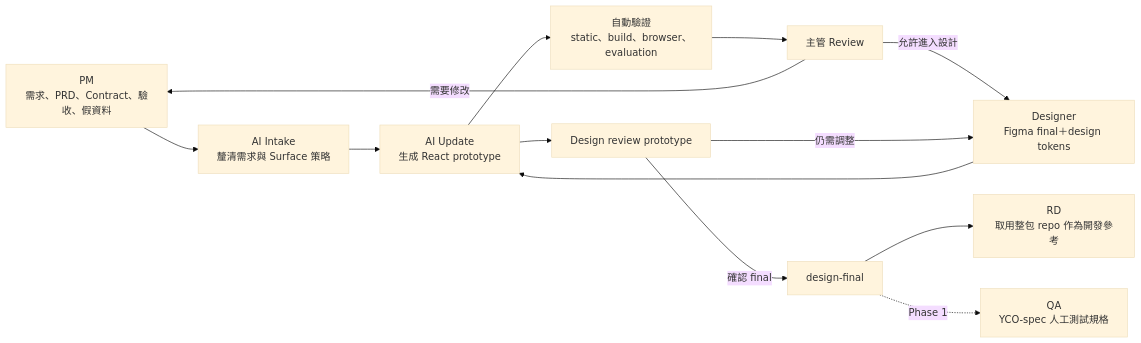
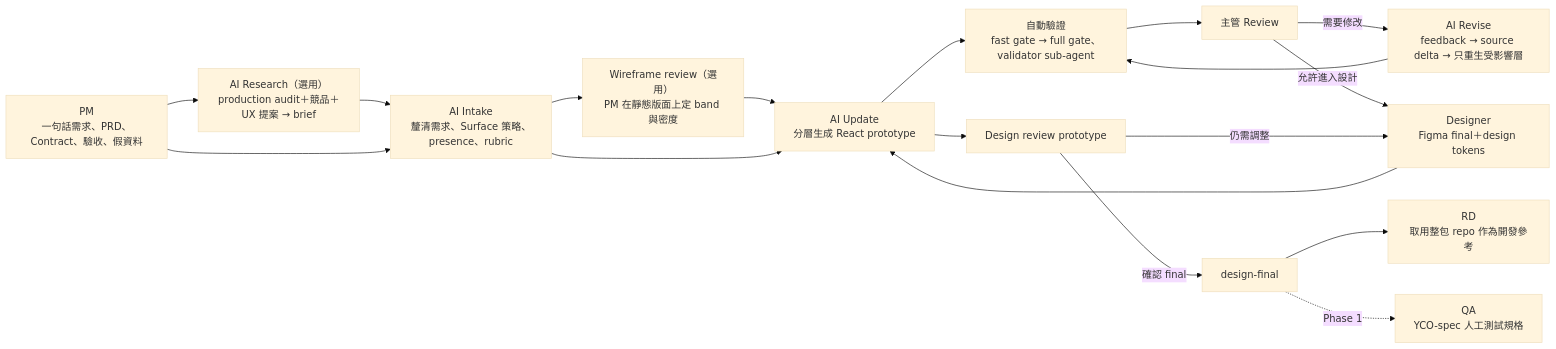
One commit to pft-JasonChen/yco-collab-space changed the diagram in COLLABORATION.md. Above: the diagram before and after it, drawn with Mermaid (base theme). The commit also changed other lines of this file and 75 other files, not shown here.

````diff
--- a/COLLABORATION.md
+++ b/COLLABORATION.md
@@ -14,21 +14,26 @@
 ```mermaid
 flowchart LR
-    PM[PM<br/>需求、PRD、Contract、驗收、假資料]
-    INTAKE[AI Intake<br/>釐清需求與 Surface 策略]
-    BUILD[AI Update<br/>生成 React prototype]
-    CHECK[自動驗證<br/>static、build、browser、evaluation]
+    PM[PM<br/>一句話需求、PRD、Contract、驗收、假資料]
+    RESEARCH[AI Research（選用）<br/>production audit＋競品＋UX 提案 → brief]
+    INTAKE[AI Intake<br/>釐清需求、Surface 策略、presence、rubric]
+    WIRE[Wireframe review（選用）<br/>PM 在靜態版面上定 band 與密度]
+    BUILD[AI Update<br/>分層生成 React prototype]
+    CHECK[自動驗證<br/>fast gate → full gate、validator sub-agent]
     LEAD[主管 Review]
+    REVISE[AI Revise<br/>feedback → source delta → 只重生受影響層]
     DESIGN[Designer<br/>Figma final＋design tokens]
     DREVIEW[Design review prototype]
     FINAL[design-final]
     RD[RD<br/>取用整包 repo 作為開發參考]
     QA[QA<br/>YCO-spec 人工測試規格]
 
-    PM --> INTAKE --> BUILD --> CHECK --> LEAD
-    LEAD -->|需要修改| PM
+    PM --> RESEARCH --> INTAKE --> WIRE --> BUILD --> CHECK --> LEAD
+    PM --> INTAKE
+    INTAKE --> BUILD
+    LEAD -->|需要修改| REVISE --> CHECK
     LEAD -->|允許進入設計| DESIGN
     DESIGN --> BUILD --> DREVIEW
     DREVIEW -->|仍需調整| DESIGN
     DREVIEW -->|確認 final| FINAL --> RD
     FINAL -. Phase 1 .-> QA
 ```
````
